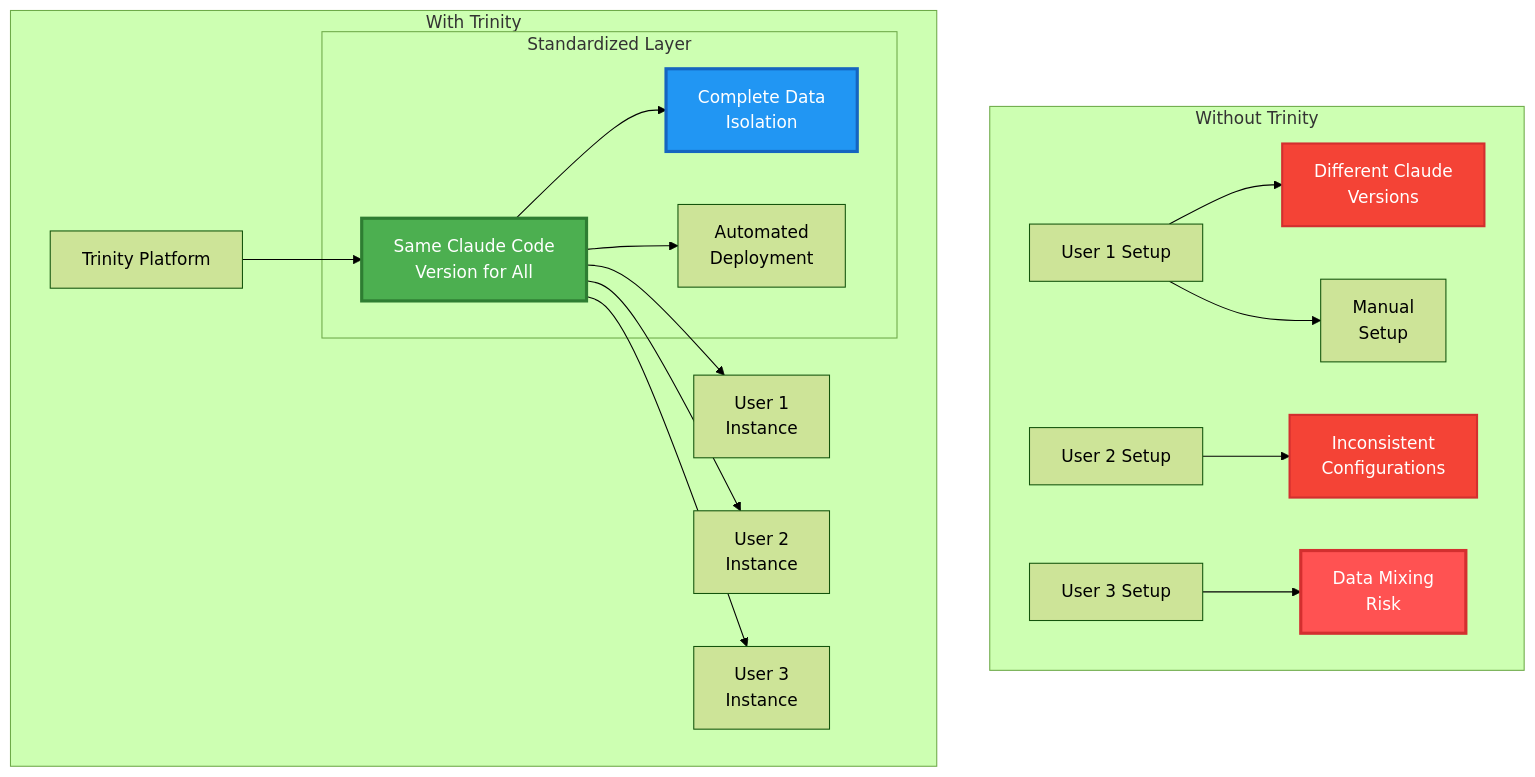
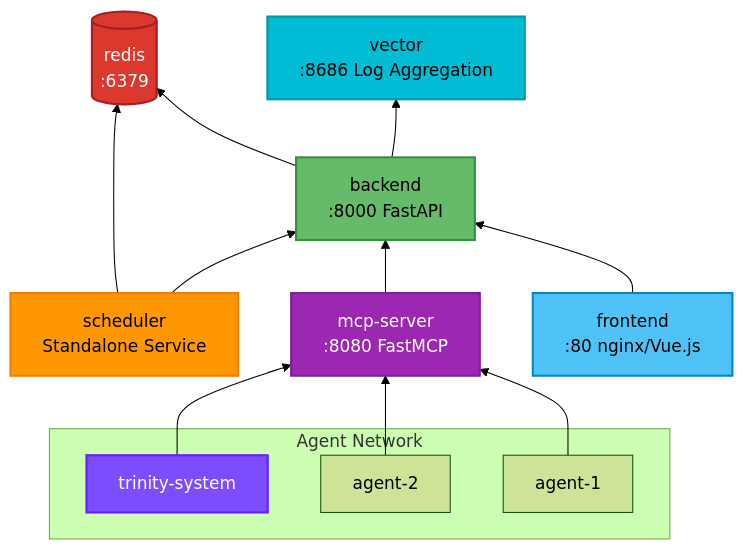
Before and after one commit to webmixgamer/trinity: the tenth of 15 diagrams in docs/trinity-architecture-diagrams.md, drawn with Mermaid (forest theme). The commit also changed other lines of this file and 83 other files, not shown here.

````diff
--- a/docs/trinity-architecture-diagrams.md
+++ b/docs/trinity-architecture-diagrams.md
@@ -285,46 +402,34 @@
 ```mermaid
-graph TB
-    subgraph "Without Trinity"
-        U1A[User 1 Setup]
-        U2A[User 2 Setup]
-        U3A[User 3 Setup]
-        
-        PROB1[Different Claude<br/>Versions]
-        PROB2[Inconsistent<br/>Configurations]
-        PROB3[Data Mixing<br/>Risk]
-        PROB4[Manual<br/>Setup]
+graph BT
+    FRONT[frontend<br/>:80 nginx/Vue.js]
+    BACK[backend<br/>:8000 FastAPI]
+    MCP[mcp-server<br/>:8080 FastMCP]
+    REDIS[(redis<br/>:6379)]
+    VECTOR[vector<br/>:8686 Log Aggregation]
+    SCHED[scheduler<br/>Standalone Service]
+
+    FRONT --> BACK
+    BACK --> REDIS
+    BACK --> VECTOR
+    MCP --> BACK
+    SCHED --> BACK
+    SCHED --> REDIS
+
+    subgraph "Agent Network"
+        A1[agent-1]
+        A2[agent-2]
+        SYS[trinity-system]
     end
-    
-    subgraph "With Trinity"
-        TRINITY[Trinity Platform]
-        
-        subgraph "Standardized Layer"
-            STD[Same Claude Code<br/>Version for All]
-            ISO[Complete Data<br/>Isolation]
-            AUTO[Automated<br/>Deployment]
-        end
-        
-        U1B[User 1<br/>Instance]
-        U2B[User 2<br/>Instance]
-        U3B[User 3<br/>Instance]
-    end
-    
-    U1A --> PROB1
-    U2A --> PROB2
-    U3A --> PROB3
-    U1A --> PROB4
-    
-    TRINITY --> STD
-    STD --> U1B
-    STD --> U2B
-    STD --> U3B
-    
-    STD --> ISO
-    STD --> AUTO
-    
-    style PROB1 fill:#F44336,stroke:#D32F2F,stroke-width:2px,color:#fff
-    style PROB2 fill:#F44336,stroke:#D32F2F,stroke-width:2px,color:#fff
-    style PROB3 fill:#FF5252,stroke:#D32F2F,stroke-width:3px,color:#fff
-    style STD fill:#4CAF50,stroke:#2E7D32,stroke-width:3px,color:#fff
-    style ISO fill:#2196F3,stroke:#1565C0,stroke-width:3px,color:#fff
+
+    A1 --> MCP
+    A2 --> MCP
+    SYS --> MCP
+
+    style FRONT fill:#4FC3F7,stroke:#0288D1,stroke-width:2px,color:#000
+    style BACK fill:#66BB6A,stroke:#388E3C,stroke-width:2px,color:#000
+    style MCP fill:#9C27B0,stroke:#7B1FA2,stroke-width:2px,color:#fff
+    style REDIS fill:#DC382D,stroke:#A41E22,stroke-width:2px,color:#fff
+    style VECTOR fill:#00BCD4,stroke:#0097A7,stroke-width:2px,color:#000
+    style SCHED fill:#FF9800,stroke:#F57C00,stroke-width:2px,color:#000
+    style SYS fill:#7C4DFF,stroke:#651FFF,stroke-width:2px,color:#fff
 ```
````
